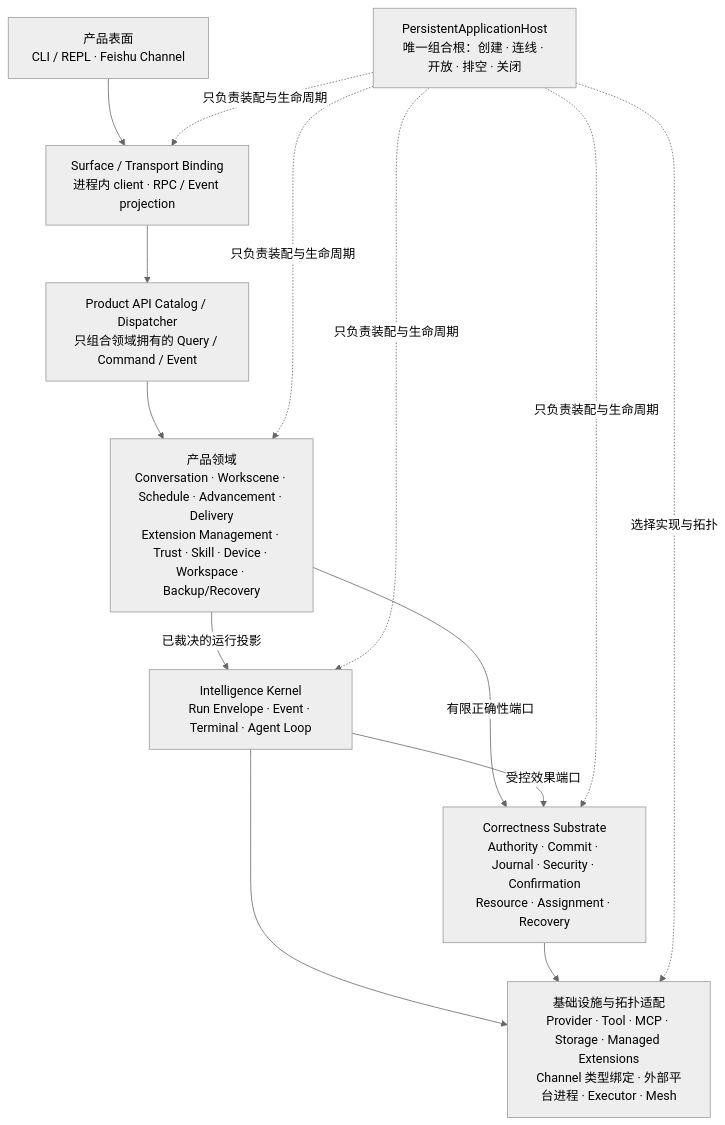
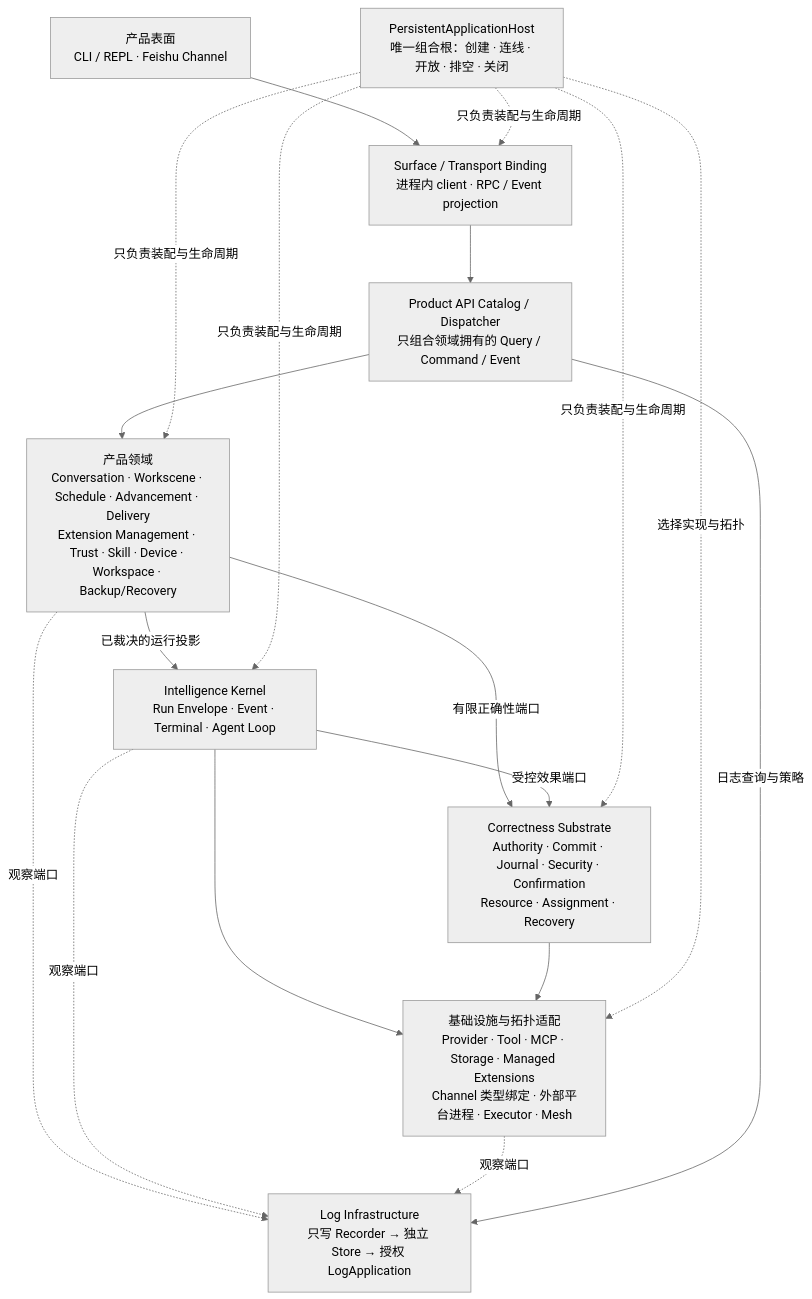
Before and after one commit to Tandem-Agents/zhixing: the diagram in research/design/architecture/overview.md, drawn with Mermaid (neutral theme). The commit also changed other lines of this file and 146 other files, not shown here.

````diff
--- a/research/design/architecture/overview.md
+++ b/research/design/architecture/overview.md
@@ -17,23 +17,28 @@
 ```mermaid
 flowchart TB
     Surface["产品表面\nCLI / REPL · Feishu Channel"]
     Binding["Surface / Transport Binding\n进程内 client · RPC / Event projection"]
     API["Product API Catalog / Dispatcher\n只组合领域拥有的 Query / Command / Event"]
     Domain["产品领域\nConversation · Workscene · Schedule · Advancement · Delivery\nExtension Management · Trust · Skill · Device · Workspace · Backup/Recovery"]
     Kernel["Intelligence Kernel\nRun Envelope · Event · Terminal · Agent Loop"]
     Correctness["Correctness Substrate\nAuthority · Commit · Journal · Security · Confirmation\nResource · Assignment · Recovery"]
     Edge["基础设施与拓扑适配\nProvider · Tool · MCP · Storage · Managed Extensions\nChannel 类型绑定 · 外部平台进程 · Executor · Mesh"]
+    Logs["Log Infrastructure\n只写 Recorder → 独立 Store → 授权 LogApplication"]
     Host["PersistentApplicationHost\n唯一组合根：创建 · 连线 · 开放 · 排空 · 关闭"]
 
     Surface --> Binding --> API --> Domain
     Domain -->|已裁决的运行投影| Kernel
     Domain -->|有限正确性端口| Correctness
     Kernel -->|受控效果端口| Correctness
+    Domain -.观察端口.-> Logs
+    Kernel -.观察端口.-> Logs
+    Edge -.观察端口.-> Logs
+    API -->|日志查询与策略| Logs
     Kernel --> Edge
     Correctness --> Edge
     Host -.只负责装配与生命周期.-> Binding
     Host -.只负责装配与生命周期.-> Domain
     Host -.只负责装配与生命周期.-> Kernel
     Host -.只负责装配与生命周期.-> Correctness
     Host -.选择实现与拓扑.-> Edge
 ```
````
